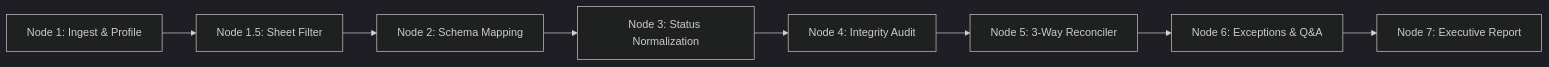
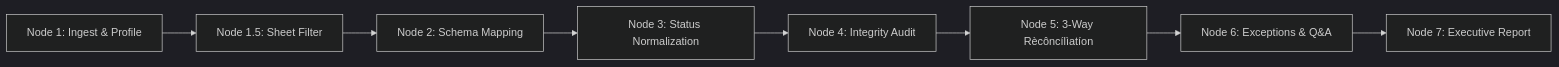
Before and after one commit to hateem72/reconup-v1: the second of 2 diagrams in README.md, drawn with Mermaid (dark theme). The commit also changed other lines of this file, not shown here.

````diff
--- a/README.md
+++ b/README.md
@@ -206,10 +208,10 @@
 ```mermaid
 graph LR
     N1[Node 1: Ingest & Profile] --> N15[Node 1.5: Sheet Filter]
     N15 --> N2[Node 2: Schema Mapping]
     N2 --> N3[Node 3: Status Normalization]
     N3 --> N4[Node 4: Integrity Audit]
-    N4 --> N5[Node 5: 3-Way Reconciler]
+    N4 --> N5[Node 5: 3-Way Rècôncílìatíon]
     N5 --> N6[Node 6: Exceptions & Q&A]
     N6 --> N7[Node 7: Executive Report]
 ```
````
